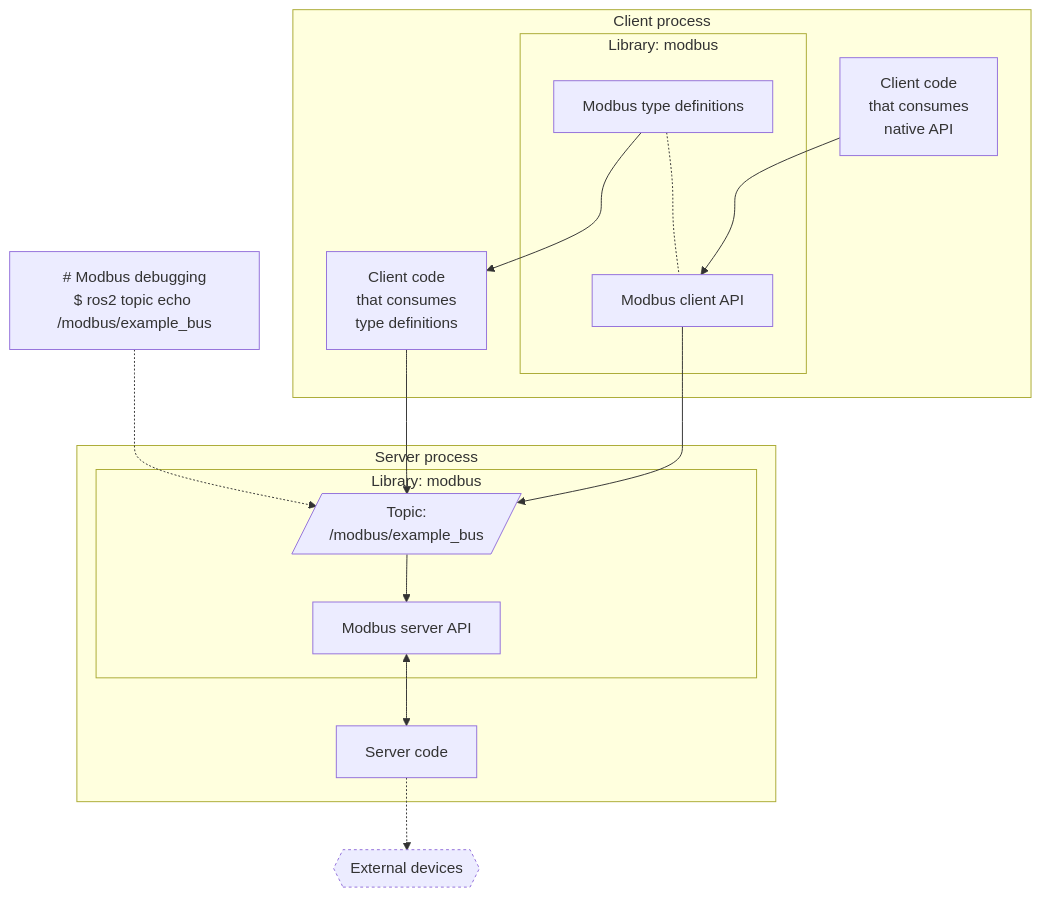
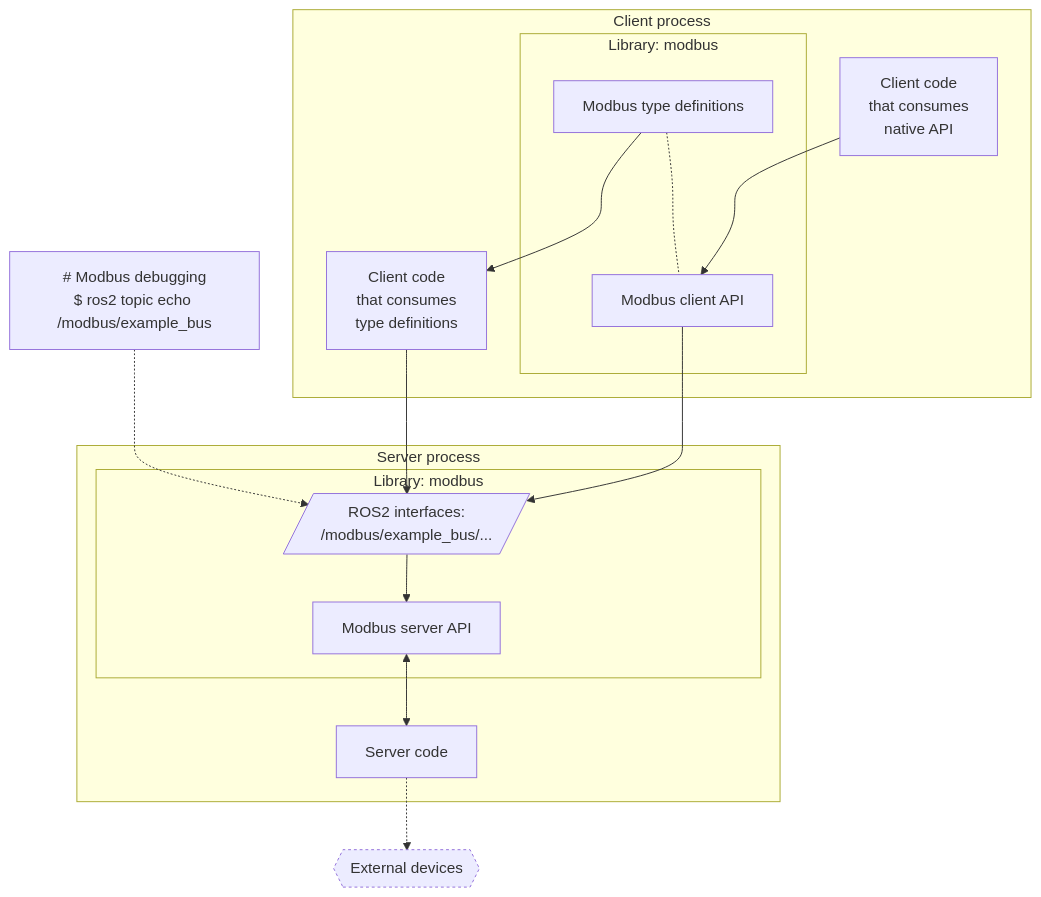
Before and after one commit to openvmp/modbus: the diagram in README.md, drawn with Mermaid.

Commit message:
Updated the design

````diff
--- a/README.md
+++ b/README.md
@@ -25,29 +25,29 @@
 ```mermaid
 flowchart TB
-    cli_serial["# Modbus debugging\n$ ros2 topic echo /modbus/example_bus"] .-> topic_modbus[/Topic:\n/modbus/]
+    cli_serial["# Modbus debugging\n$ ros2 topic echo /modbus/example_bus"] .-> topic_modbus[/ROS2 interfaces:\n/modbus/example_bus/.../]
     subgraph modbus["Library: modbus"]
       topic_modbus
     end
     subgraph your_exe["Client process"]
       code_dds["Client code\nthat consumes\ntype definitions"]
       code_api["Client code\nthat consumes\nnative API"]
-      code_dds --> topic_modbus[/Topic:\n/modbus/example_bus/]
+      code_dds --> topic_modbus
       subgraph modbus_client_lib["Library: modbus"]
         modbus_topics["Modbus type definitions"]
         modbus_client["Modbus client API"]
         modbus_topics -.- modbus_client
       end
       modbus_topics ---> code_dds
       code_api ---> modbus_client
     end
     modbus_client --> topic_modbus
     subgraph modbus_exe["Server process"]
       modbus_server["Modbus server API"]
       subgraph modbus
         topic_modbus --> modbus_server
       end
       modbus_server <--> server["Server code"]
     end
     server .-> device{{"External devices"}}
     style device stroke-dasharray: 3 3
 ```
````
